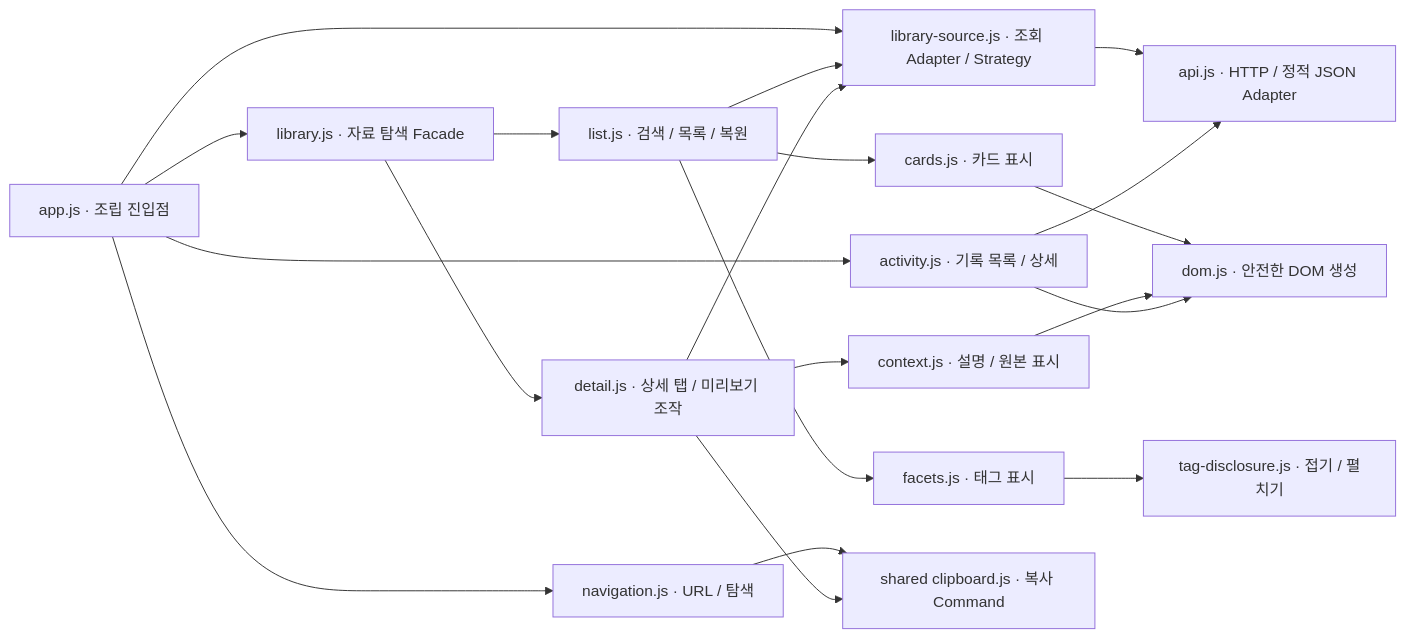
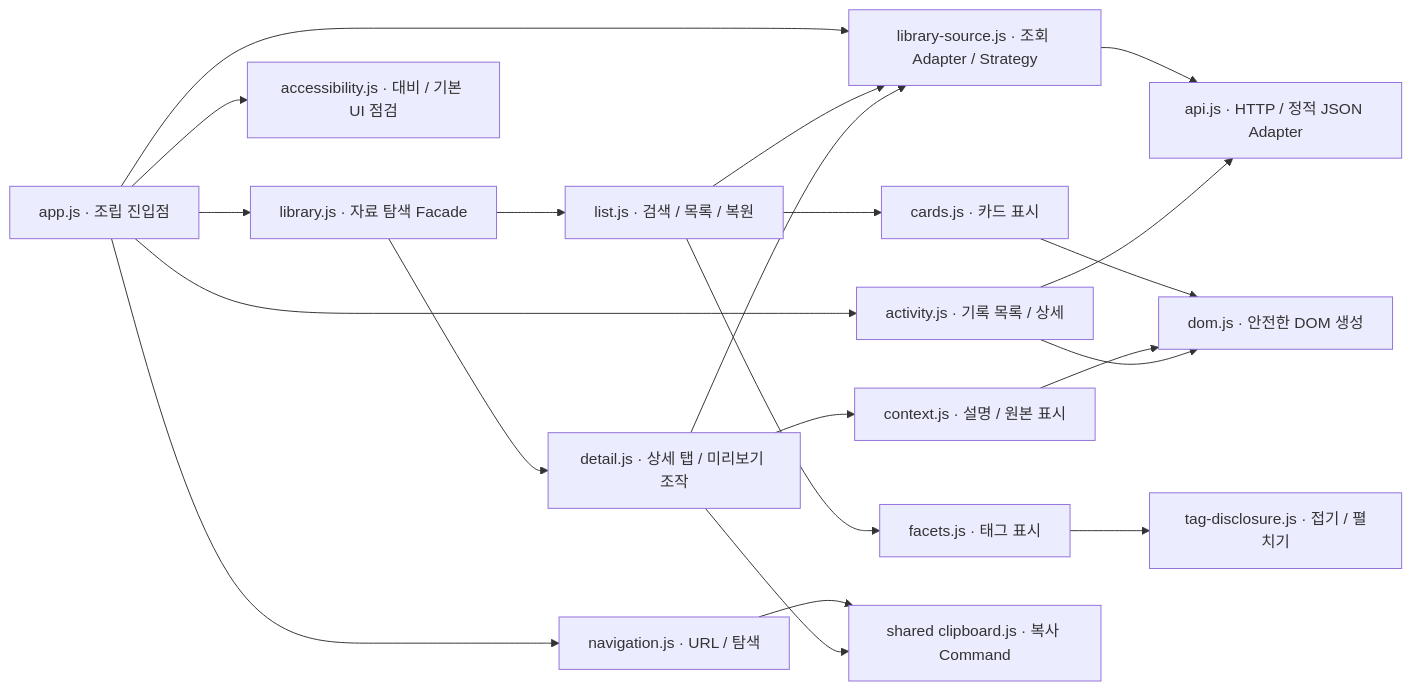
One commit to pollux-o4/design-home changed the second of 2 diagrams in design-compare/docs/architecture/c3-components.md. Above: the diagram before and after it, drawn with Mermaid. The commit also changed other lines of this file and 71 other files, not shown here.

````diff
--- a/design-compare/docs/architecture/c3-components.md
+++ b/design-compare/docs/architecture/c3-components.md
@@ -69,22 +69,23 @@
 ```mermaid
 flowchart LR
   app["app.js · 조립 진입점"] --> navigation["navigation.js · URL / 탐색"]
   app --> source["library-source.js · 조회 Adapter / Strategy"]
   app --> library["library.js · 자료 탐색 Facade"]
   app --> activity["activity.js · 기록 목록 / 상세"]
+  app --> accessibility["accessibility.js · 대비 / 기본 UI 점검"]
   library --> list["list.js · 검색 / 목록 / 복원"]
   library --> detail["detail.js · 상세 탭 / 미리보기 조작"]
   list --> source
   detail --> source
   source --> api["api.js · HTTP / 정적 JSON Adapter"]
   activity --> api
   list --> cards["cards.js · 카드 표시"]
   list --> facets["facets.js · 태그 표시"]
   detail --> context["context.js · 설명 / 원본 표시"]
   cards --> dom["dom.js · 안전한 DOM 생성"]
   context --> dom
   activity --> dom
   facets --> disclosure["tag-disclosure.js · 접기 / 펼치기"]
   navigation --> clipboard["shared clipboard.js · 복사 Command"]
   detail --> clipboard
 ```
````
